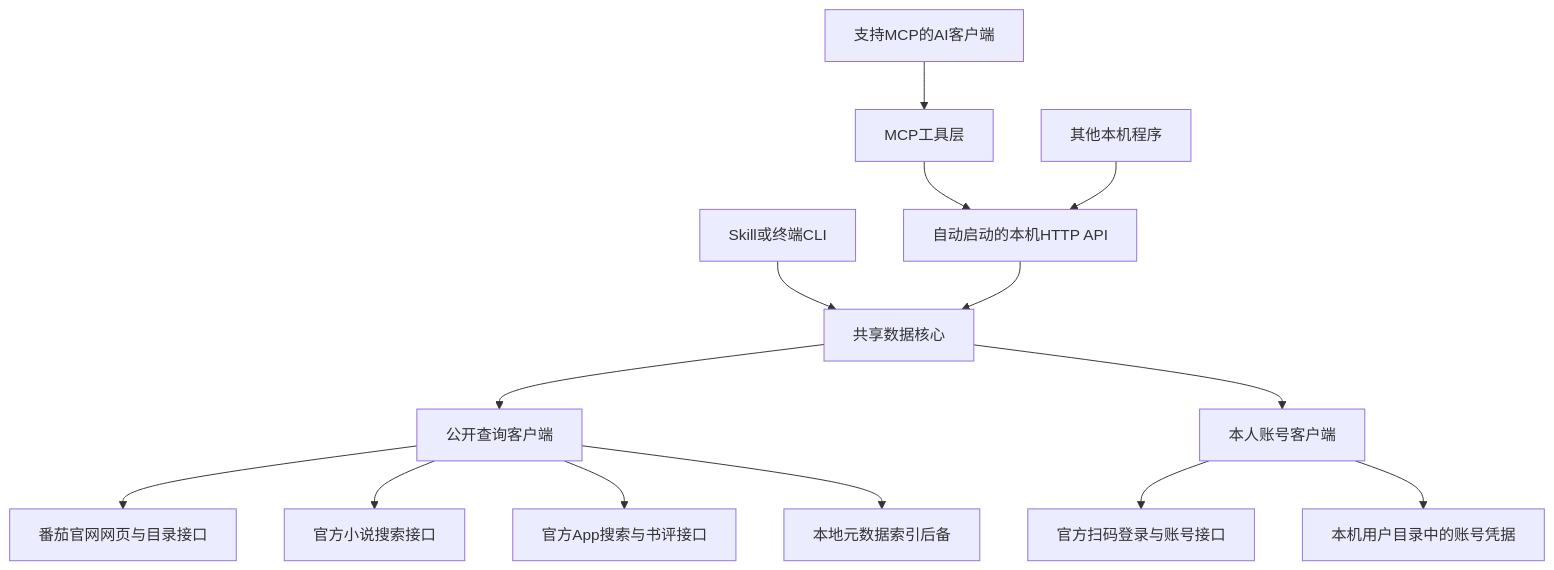
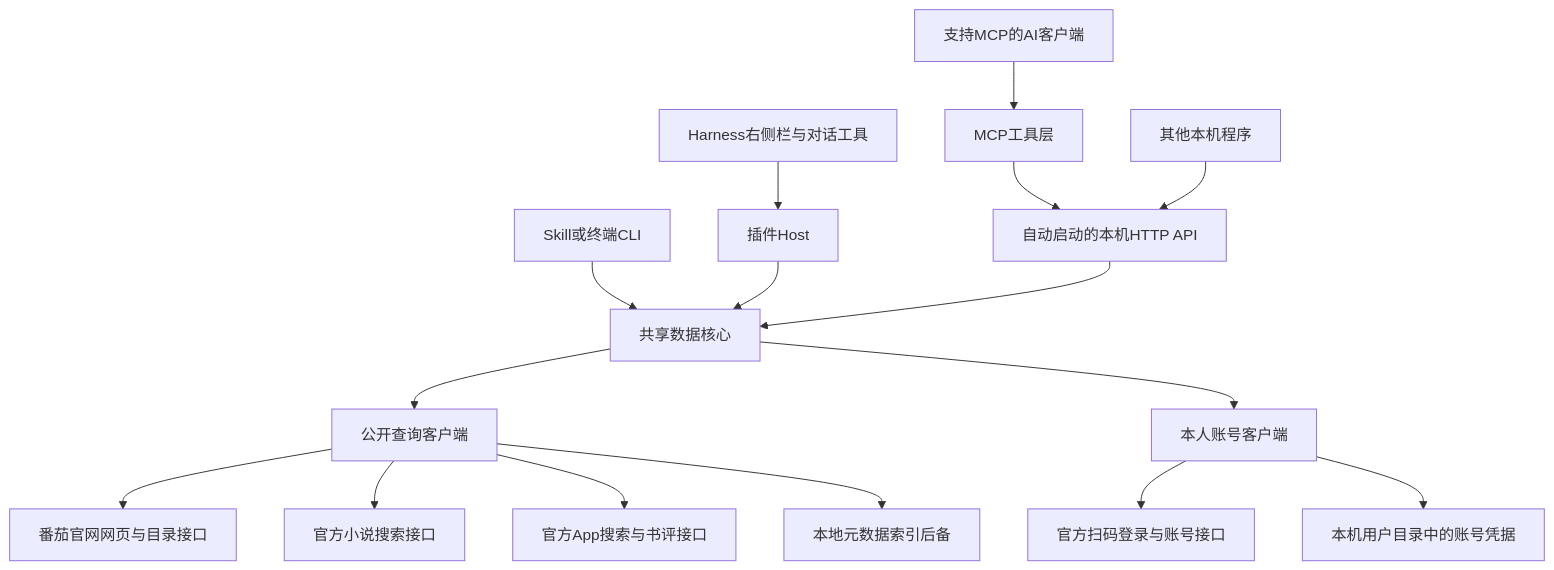
Before and after one commit to fysh1010/mcp-server-fanqie: the diagram in README.md, drawn with Mermaid. The commit also changed other lines of this file and 5 other files, not shown here.

````diff
--- a/README.md
+++ b/README.md
@@ -120,16 +122,18 @@
 ```mermaid
 flowchart TD
     A[支持MCP的AI客户端] --> B[MCP工具层]
     B --> C[自动启动的本机HTTP API]
     D[Skill或终端CLI] --> E[共享数据核心]
+    P[Harness右侧栏与对话工具] --> Q[插件Host]
+    Q --> E
     F[其他本机程序] --> C
     C --> E
     E --> G[公开查询客户端]
     E --> H[本人账号客户端]
     G --> I[番茄官网网页与目录接口]
     G --> J[官方小说搜索接口]
     G --> K[官方App搜索与书评接口]
     G --> L[本地元数据索引后备]
     H --> M[官方扫码登录与账号接口]
     H --> N[本机用户目录中的账号凭据]
 ```
````
